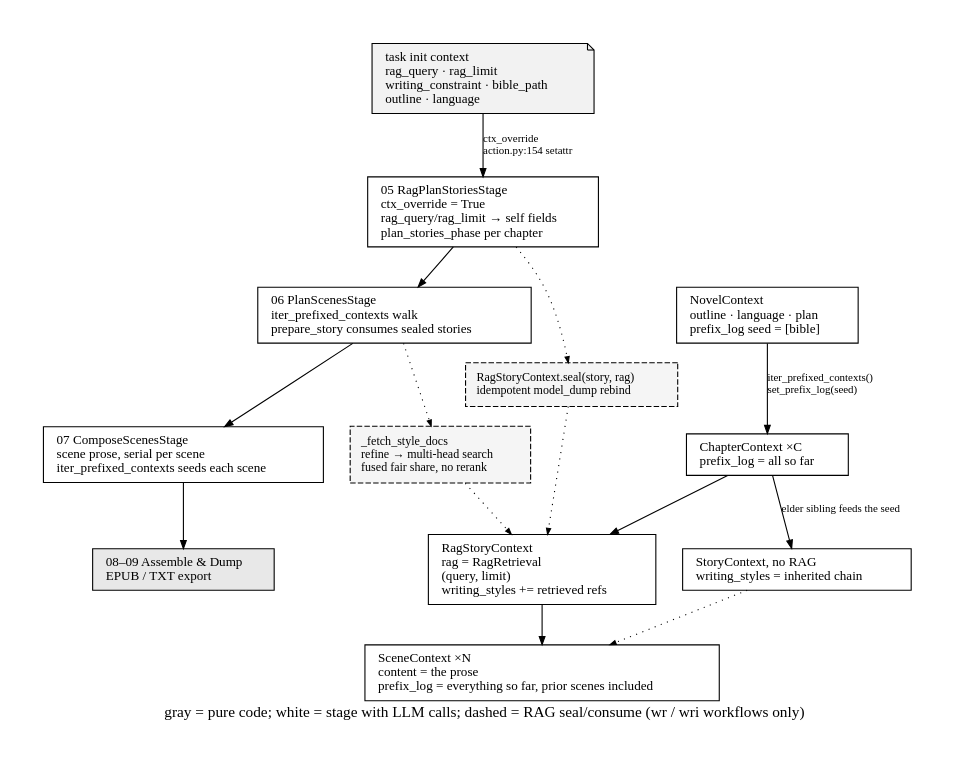
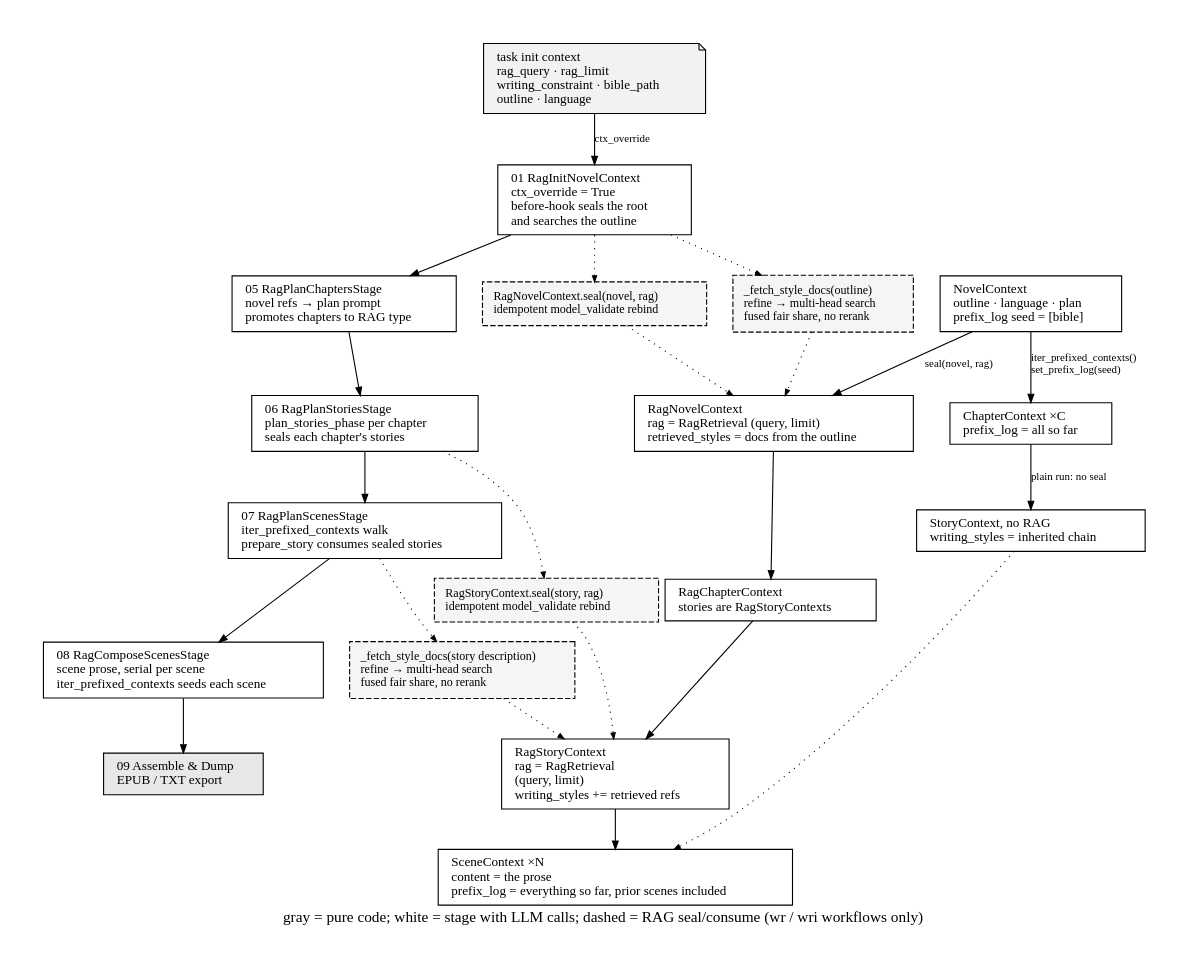
The diagram in packages/fabricatio-novel/assets/context-flow.gv (Whth/fabricatio), drawn with Graphviz before and after one commit. The commit also changed 10 other files, not shown here.

First line of the commit message:
docs(novel): document the two-level RAG pipeline

```diff
--- a/packages/fabricatio-novel/assets/context-flow.gv
+++ b/packages/fabricatio-novel/assets/context-flow.gv
@@ -1,52 +1,66 @@
 // fabricatio-novel: context flow — task props enter stages, stages create/consume the context tree.
 // Render: dot -Tsvg context-flow.gv -o context-flow.svg
 digraph context_flow {
     rankdir=TB;
     bgcolor="white";
     fontname="serif";
     pad="0.45";
     nodesep=0.34;
     ranksep=0.48;
     labelloc="b";
     label="  gray = pure code; white = stage with LLM calls; dashed = RAG seal/consume (wr / wri workflows only)";
 
     node [shape=box, style="filled", fillcolor="white", color="black",
           fontname="serif", fontsize=12, margin="0.16,0.09"];
     edge [color="black", arrowsize=0.75, fontname="serif", fontsize=10];
 
     // ---- left column: stage chain ----
     task   [label="task init context\l rag_query · rag_limit\l writing_constraint · bible_path\l outline · language\l", shape=note, fillcolor="#F2F2F2"];
-    st05   [label="05 RagPlanStoriesStage\l ctx_override = True\l rag_query/rag_limit → self fields\l plan_stories_phase per chapter\l"];
-    st06   [label="06 PlanScenesStage\l iter_prefixed_contexts walk\l prepare_story consumes sealed stories\l"];
-    st07   [label="07 ComposeScenesStage\l scene prose, serial per scene\l iter_prefixed_contexts seeds each scene\l"];
-    asm    [label="08–09 Assemble & Dump\l EPUB / TXT export\l", fillcolor="#E8E8E8"];
+    st01   [label="01 RagInitNovelContext\l ctx_override = True\l before-hook seals the root\l and searches the outline\l"];
+    st05   [label="05 RagPlanChaptersStage\l novel refs → plan prompt\l promotes chapters to RAG type\l"];
+    st06   [label="06 RagPlanStoriesStage\l plan_stories_phase per chapter\l seals each chapter's stories\l"];
+    st07   [label="07 RagPlanScenesStage\l iter_prefixed_contexts walk\l prepare_story consumes sealed stories\l"];
+    st08   [label="08 RagComposeScenesStage\l scene prose, serial per scene\l iter_prefixed_contexts seeds each scene\l"];
+    asm    [label="09 Assemble & Dump\l EPUB / TXT export\l", fillcolor="#E8E8E8"];
 
-    task -> st05 [label=" ctx_override\l action.py:154 setattr\l"];
+    task -> st01 [label=" ctx_override\l"];
+    st01 -> st05;
     st05 -> st06;
     st06 -> st07;
-    st07 -> asm;
+    st07 -> st08;
+    st08 -> asm;
 
     // ---- right column: context tree ----
     novel [label="NovelContext\l outline · language · plan\l prefix_log seed = [bible]\l"];
-    ch1   [label="ChapterContext ×C\l prefix_log = all so far\l"];
+    nvrag [label="RagNovelContext\l rag = RagRetrieval (query, limit)\l retrieved_styles = docs from the outline\l"];
+    ch0   [label="ChapterContext ×C\l prefix_log = all so far\l"];
+    chrag [label="RagChapterContext\l stories are RagStoryContexts\l"];
     s11   [label="RagStoryContext\l rag = RagRetrieval\l (query, limit)\l writing_styles += retrieved refs\l"];
     s12   [label="StoryContext, no RAG\l writing_styles = inherited chain\l"];
     sc    [label="SceneContext ×N\l content = the prose\l prefix_log = everything so far, prior scenes included\l"];
 
-    novel -> ch1  [label=" iter_prefixed_contexts()\l set_prefix_log(seed)\l"];
-    ch1  -> s11;
-    ch1  -> s12   [label=" elder sibling feeds the seed\l"];
+    novel -> nvrag [label=" seal(novel, rag)\l"];
+    novel -> ch0  [label=" iter_prefixed_contexts()\l set_prefix_log(seed)\l"];
+    nvrag -> chrag;
+    chrag -> s11;
+    ch0  -> s12   [label=" plain run: no seal\l"];
     s11  -> sc;
     s12  -> sc    [style=dotted, arrowsize=0.55, constraint=false];
 
     // ---- RAG seal / consume (dashed) ----
     node [style="filled, dashed", fillcolor="#F5F5F5", fontsize=11, margin="0.14,0.11"];
     edge [style=dotted, arrowsize=0.55, fontname="serif", fontsize=9];
 
-    seal [label="RagStoryContext.seal(story, rag)\l idempotent model_dump rebind\l"];
-    fetch [label="_fetch_style_docs\l refine → multi-head search\l fused fair share, no rerank\l"];
-    st05 -> seal;
-    seal -> s11;
-    st06 -> fetch;
-    fetch -> s11;
+    seal_n  [label="RagNovelContext.seal(novel, rag)\l idempotent model_validate rebind\l"];
+    fetch_n [label="_fetch_style_docs(outline)\l refine → multi-head search\l fused fair share, no rerank\l"];
+    seal_s  [label="RagStoryContext.seal(story, rag)\l idempotent model_validate rebind\l"];
+    fetch_s [label="_fetch_style_docs(story description)\l refine → multi-head search\l fused fair share, no rerank\l"];
+    st01  -> seal_n;
+    seal_n -> nvrag;
+    st01  -> fetch_n;
+    fetch_n -> nvrag;
+    st06  -> seal_s;
+    seal_s -> s11;
+    st07  -> fetch_s;
+    fetch_s -> s11;
 }
```
